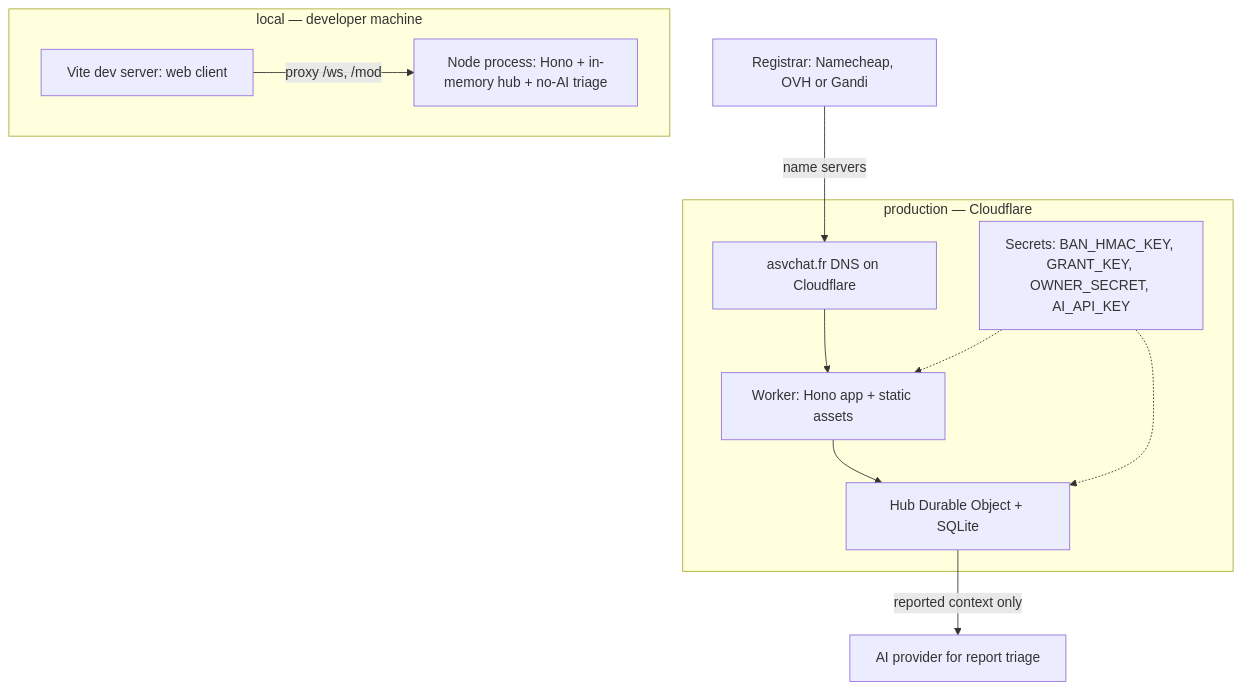
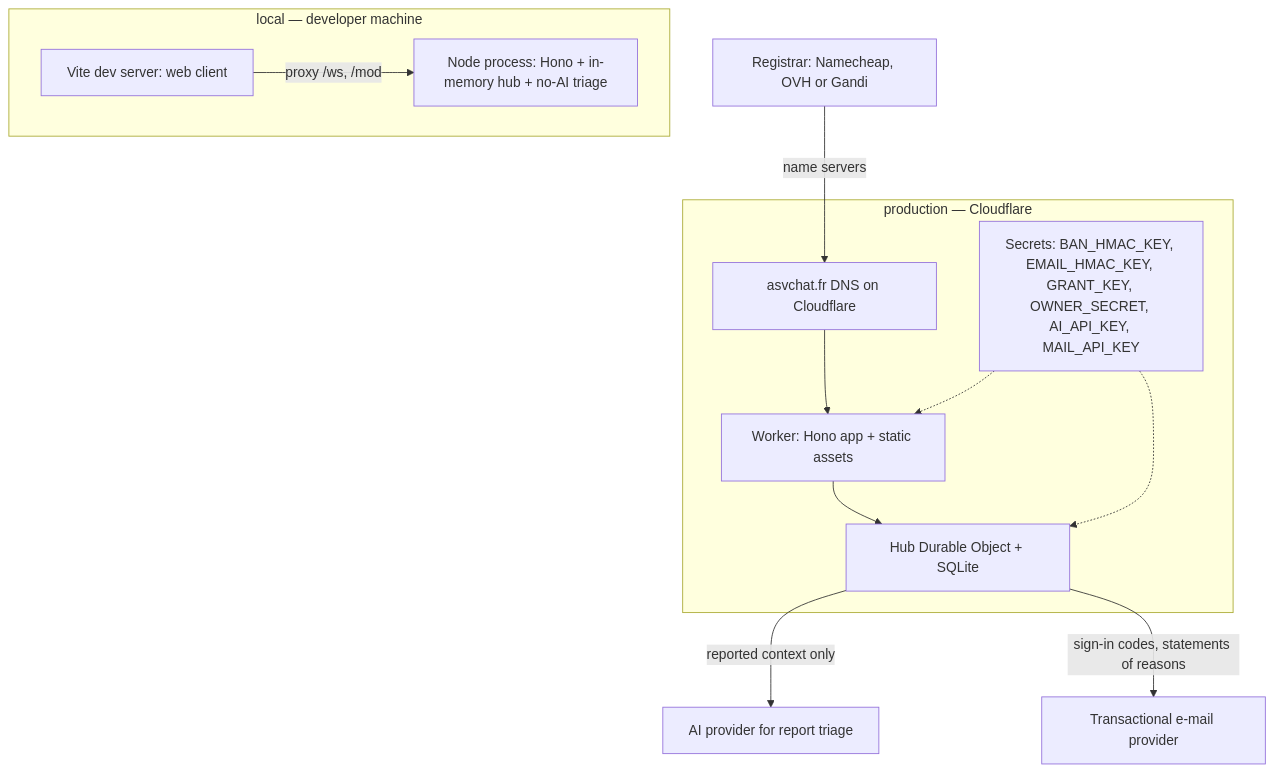
The diagram in docs/architecture/diagrams/platform/07-deployment.md (benoit-bremaud/asv), drawn with Mermaid before and after one commit. The commit also changed other lines of this file and 43 other files, not shown here.

First line of the commit message:
docs: accounts for private messages, strikes, legal-first roadmap

````diff
--- a/docs/architecture/diagrams/platform/07-deployment.md
+++ b/docs/architecture/diagrams/platform/07-deployment.md
@@ -14,22 +14,24 @@
 ```mermaid
 flowchart TB
   subgraph Dev ["local — developer machine"]
     NodeProc["Node process: Hono + in-memory hub + no-AI triage"]
     Vite["Vite dev server: web client"]
     Vite -->|"proxy /ws, /mod"| NodeProc
   end
   subgraph Prod ["production — Cloudflare"]
     DNS["asvchat.fr DNS on Cloudflare"]
     Worker["Worker: Hono app + static assets"]
     HubDO["Hub Durable Object + SQLite"]
-    Secrets["Secrets: BAN_HMAC_KEY, GRANT_KEY, OWNER_SECRET, AI_API_KEY"]
+    Secrets["Secrets: BAN_HMAC_KEY, EMAIL_HMAC_KEY, GRANT_KEY, OWNER_SECRET, AI_API_KEY, MAIL_API_KEY"]
     DNS --> Worker
     Worker --> HubDO
     Secrets -.-> Worker
     Secrets -.-> HubDO
   end
   AI["AI provider for report triage"]
   Registrar["Registrar: Namecheap, OVH or Gandi"]
   Registrar -->|"name servers"| DNS
   HubDO -->|"reported context only"| AI
+  Mail["Transactional e-mail provider"]
+  HubDO -->|"sign-in codes, statements of reasons"| Mail
 ```
````
